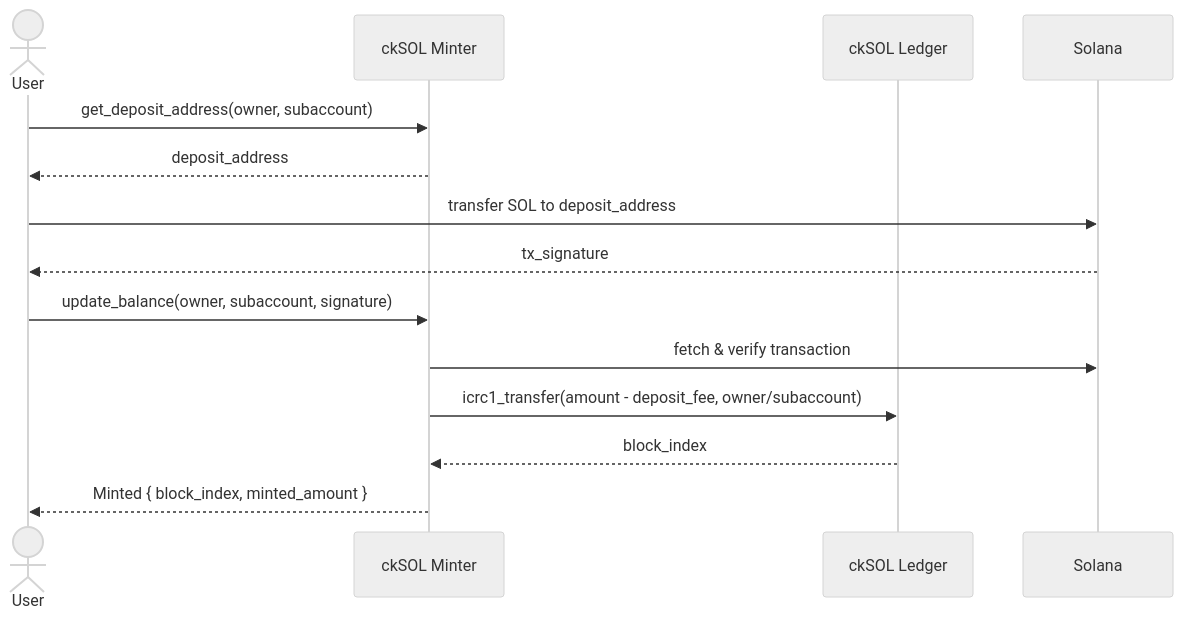
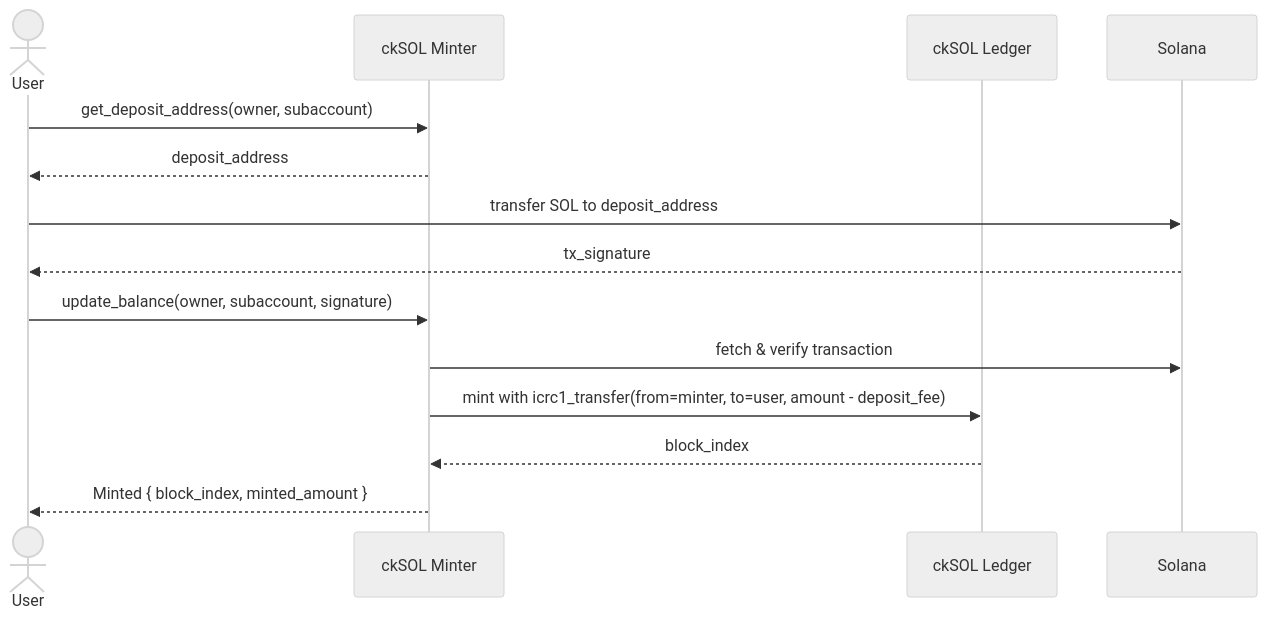
Before and after one commit to dfinity/cksol: the first of 3 diagrams in README.md, drawn with Mermaid (neutral theme). The commit also changed other lines of this file, not shown here.

Commit message:
docs: use 'mint/burn with' annotations in sequence diagrams

````diff
--- a/README.md
+++ b/README.md
@@ -48,19 +48,19 @@
 ```mermaid
 sequenceDiagram
     actor User
     participant Minter as ckSOL Minter
     participant Ledger as ckSOL Ledger
     participant Solana
 
     User->>Minter: get_deposit_address(owner, subaccount)
     Minter-->>User: deposit_address
 
     User->>Solana: transfer SOL to deposit_address
     Solana-->>User: tx_signature
 
     User->>Minter: update_balance(owner, subaccount, signature)
     Minter->>Solana: fetch & verify transaction
-    Minter->>Ledger: icrc1_transfer(amount - deposit_fee, owner/subaccount)
+    Minter->>Ledger: mint with icrc1_transfer(from=minter, to=user, amount - deposit_fee)
     Ledger-->>Minter: block_index
     Minter-->>User: Minted { block_index, minted_amount }
 ```
````
